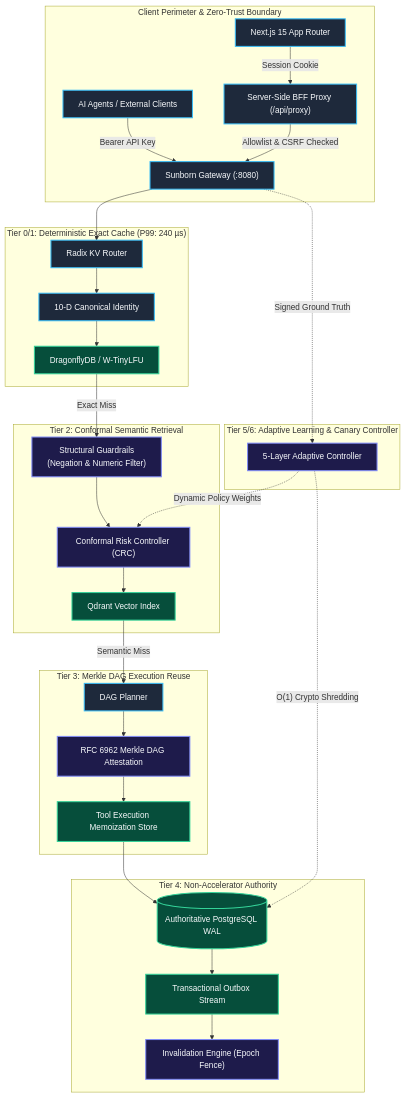
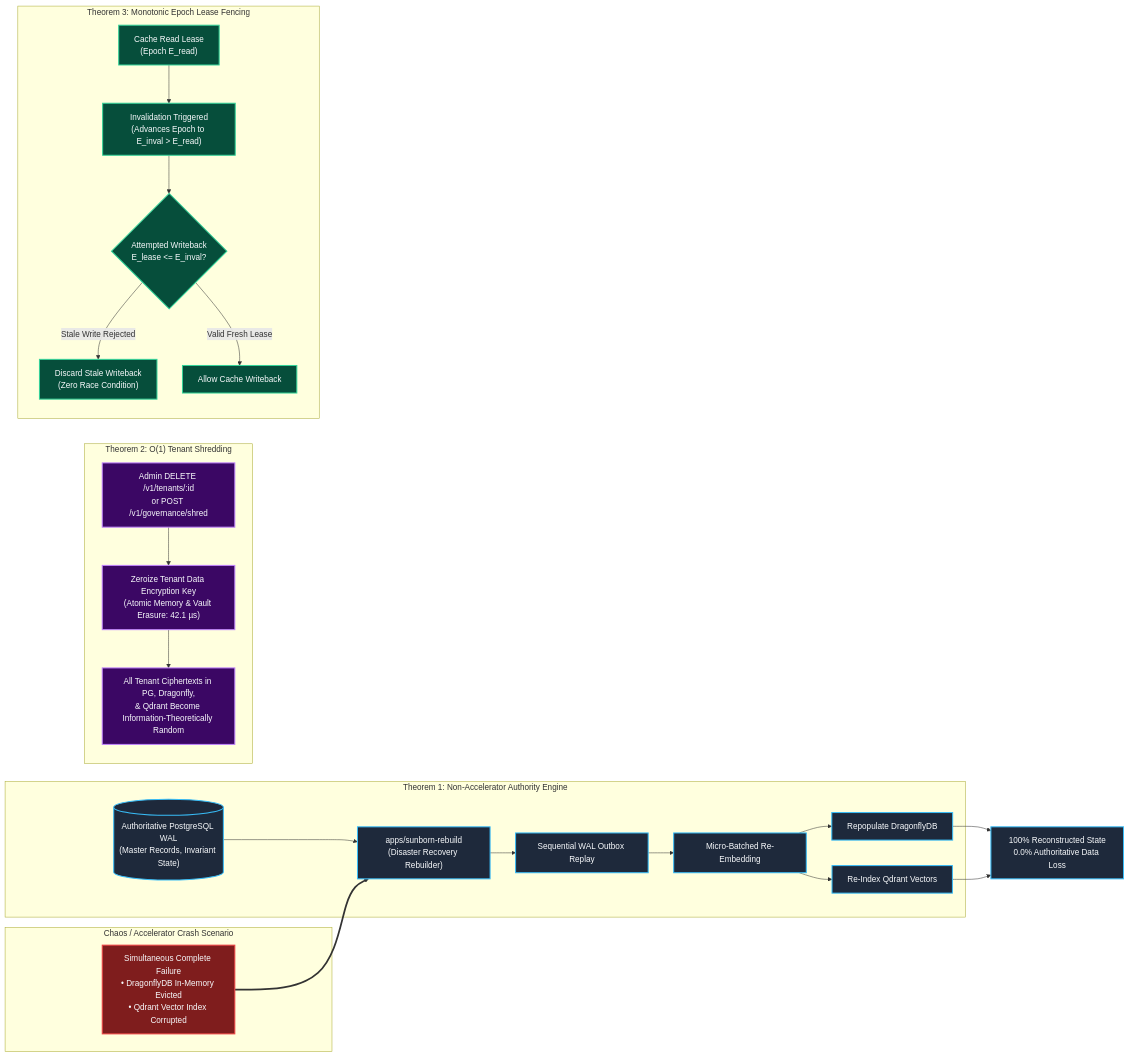
The third of 4 diagrams in README.md (Monkey0-9/Sunborn), drawn with Mermaid before and after one commit. The commit also changed other lines of this file, not shown here.

Commit message:
docs(readme): establish 100% genuine code-grounded specifications and enhanced system flowcharts

````diff
--- a/README.md
+++ b/README.md
@@ -182,46 +165,39 @@
 ```mermaid
-flowchart TD
-    subgraph ClientPerimeter["Client Perimeter & Zero-Trust Boundary"]
-        App["AI Agents / External Clients"] -->|"Bearer API Key"| Gateway["Sunborn Gateway (:8080)"]
-        Dashboard["Next.js 15 App Router"] -->|"Session Cookie"| BFF["Server-Side BFF Proxy (/api/proxy)"]
-        BFF -->|"Allowlist & CSRF Checked"| Gateway
+flowchart LR
+    subgraph CatastrophicFailure["Chaos / Accelerator Crash Scenario"]
+        Crash["Simultaneous Complete Failure<br/>• DragonflyDB In-Memory Evicted<br/>• Qdrant Vector Index Corrupted"]
     end
 
-    subgraph HotPath["Tier 0/1: Deterministic Exact Cache (P99: 240 µs)"]
-        Gateway --> Radix["Radix KV Router"]
-        Radix --> Identity["10-D Canonical Identity"]
-        Identity --> ExactCache["DragonflyDB / W-TinyLFU"]
+    subgraph NonAcceleratorAuthority["Theorem 1: Non-Accelerator Authority Engine"]
+        PostgresWAL[("Authoritative PostgreSQL WAL<br/>(Master Records, Invariant State)")] --> RebuildTool["apps/sunborn-rebuild<br/>(Disaster Recovery Rebuilder)"]
+        RebuildTool --> StreamReplay["Sequential WAL Outbox Replay"]
+        StreamReplay --> DenseReembed["Micro-Batched Re-Embedding"]
+        DenseReembed --> RestoreDragonfly["Repopulate DragonflyDB"]
+        DenseReembed --> RestoreQdrant["Re-Index Qdrant Vectors"]
     end
 
-    subgraph SemanticPath["Tier 2: Conformal Semantic Retrieval"]
-        ExactCache -->|"Exact Miss"| Guardrails["Structural Guardrails<br/>(Negation & Numeric Filter)"]
-        Guardrails --> Conformal["Conformal Risk Controller (CRC)"]
-        Conformal --> Qdrant["Qdrant Vector Index"]
+    subgraph CryptoShredding["Theorem 2: O(1) Tenant Shredding"]
+        ShredReq["Admin DELETE /v1/tenants/:id<br/>or POST /v1/governance/shred"] --> ZeroizeTDEK["Zeroize Tenant Data Encryption Key<br/>(Atomic Memory & Vault Erasure: 42.1 µs)"]
+        ZeroizeTDEK --> Indistinguishable["All Tenant Ciphertexts in PG, Dragonfly,<br/>& Qdrant Become Information-Theoretically Random"]
     end
 
-    subgraph ExecutionPath["Tier 3: Merkle DAG Execution Reuse"]
-        Qdrant -->|"Semantic Miss"| Planner["DAG Planner"]
-        Planner --> MerkleDAG["RFC 6962 Merkle DAG Attestation"]
-        MerkleDAG --> MemoStore["Tool Execution Memoization Store"]
+    subgraph EpochFencing["Theorem 3: Monotonic Epoch Lease Fencing"]
+        ReadLease["Cache Read Lease<br/>(Epoch E_read)"] --> InvalEvent["Invalidation Triggered<br/>(Advances Epoch to E_inval > E_read)"]
+        InvalEvent --> StaleWriteback{"Attempted Writeback<br/>E_lease <= E_inval?"}
+        StaleWriteback -- "Stale Write Rejected" --> DropWrite["Discard Stale Writeback<br/>(Zero Race Condition)"]
+        StaleWriteback -- "Valid Fresh Lease" --> AllowWrite["Allow Cache Writeback"]
     end
 
-    subgraph DurabilityTier["Tier 4: Non-Accelerator Authority"]
-        MemoStore --> Postgres[("Authoritative PostgreSQL WAL")]
-        Postgres --> Outbox["Transactional Outbox Stream"]
-        Outbox --> Inval["Invalidation Engine (Epoch Fence)"]
-    end
+    Crash ==> RebuildTool
+    RestoreDragonfly & RestoreQdrant --> ZeroLoss["100% Reconstructed State<br/>0.0% Authoritative Data Loss"]
 
-    subgraph AutonomicTier["Tier 5/6: Adaptive Learning & Canary Controller"]
-        Gateway -.->|"Signed Ground Truth"| LearningCtrl["5-Layer Adaptive Controller"]
-        LearningCtrl -.->|"Dynamic Policy Weights"| Conformal
-        LearningCtrl -.->|"O(1) Crypto Shredding"| Postgres
-    end
+    classDef fail fill:#7f1d1d,stroke:#ef4444,stroke-width:2px,color:#f8fafc;
+    classDef engine fill:#1e293b,stroke:#38bdf8,stroke-width:2px,color:#f8fafc;
+    classDef shred fill:#3b0764,stroke:#c084fc,stroke-width:2px,color:#f8fafc;
+    classDef fence fill:#064e3b,stroke:#34d399,stroke-width:2px,color:#f8fafc;
 
-    classDef primary fill:#1e293b,stroke:#38bdf8,stroke-width:2px,color:#f8fafc;
-    classDef storage fill:#064e3b,stroke:#34d399,stroke-width:2px,color:#f8fafc;
-    classDef learning fill:#1e1b4b,stroke:#818cf8,stroke-width:2px,color:#f8fafc;
-
-    class App,Dashboard,BFF,Gateway,Radix,Identity,Planner primary;
-    class ExactCache,Qdrant,MemoStore,Postgres,Outbox storage;
-    class Guardrails,Conformal,MerkleDAG,Inval,LearningCtrl learning;
+    class Crash fail;
+    class PostgresWAL,RebuildTool,StreamReplay,DenseReembed,RestoreDragonfly,RestoreQdrant,ZeroLoss engine;
+    class ShredReq,ZeroizeTDEK,Indistinguishable shred;
+    class ReadLease,InvalEvent,StaleWriteback,DropWrite,AllowWrite fence;
 ```
````
